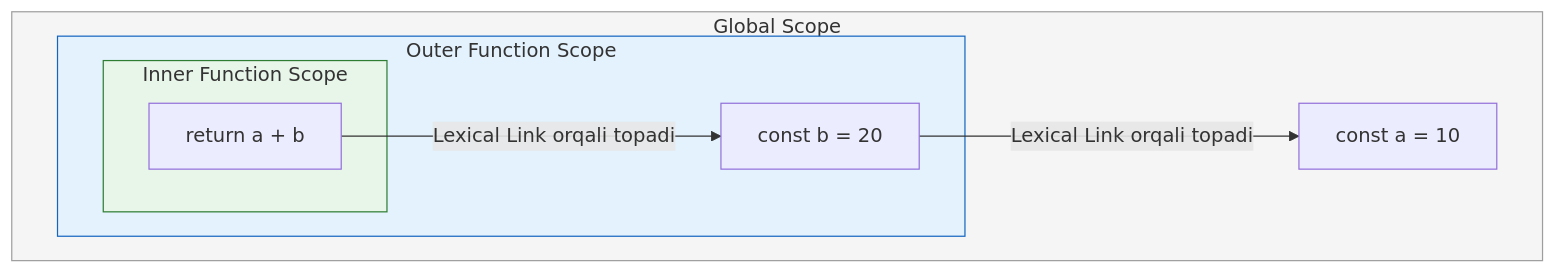
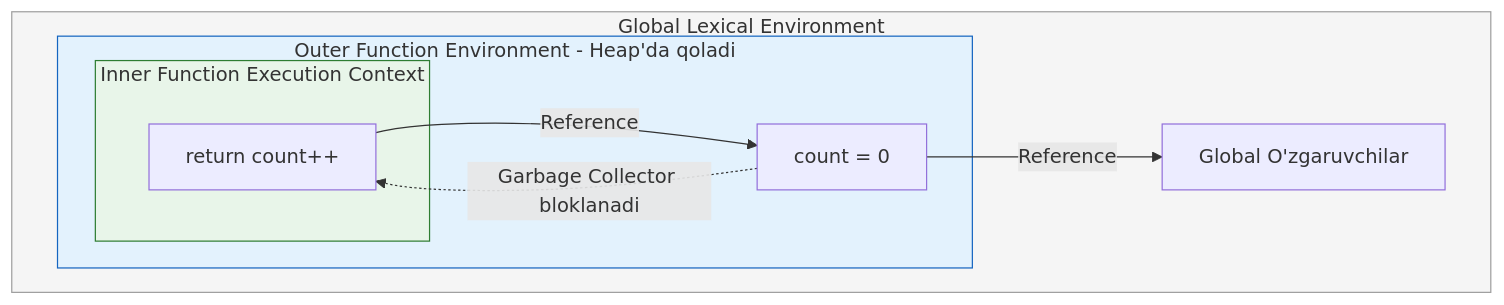
Before and after one commit to nusretoglu/senior-frontend-roadmap: the diagram in docs/01-core-javascript/01-closures.md, drawn with Mermaid. The commit also changed other lines of this file and 143 other files, not shown here.

````diff
--- a/docs/01-core-javascript/01-closures.md
+++ b/docs/01-core-javascript/01-closures.md
@@ -19,21 +190,22 @@
 ```mermaid
 graph TD
-    subgraph Global [Global Scope]
-        G[const a = 10]
+    subgraph Global [Global Lexical Environment]
+        G[Global O'zgaruvchilar]
         
-        subgraph Outer [Outer Function Scope]
-            O[const b = 20]
+        subgraph Outer [Outer Function Environment - Heap'da qoladi]
+            O[count = 0]
             
-            subgraph Inner [Inner Function Scope]
-                I[return a + b]
+            subgraph Inner [Inner Function Execution Context]
+                I[return count++]
             end
         end
     end
 
-    I -->|Lexical Link orqali topadi| O
-    O -->|Lexical Link orqali topadi| G
+    I -->|Reference | O
+    O -.->|Garbage Collector bloklanadi| I
+    O -->|Reference| G
 
     style Global fill:#f5f5f5,stroke:#9e9e9e
     style Outer fill:#e3f2fd,stroke:#1565c0
     style Inner fill:#e8f5e9,stroke:#2e7d32
 ```
````
